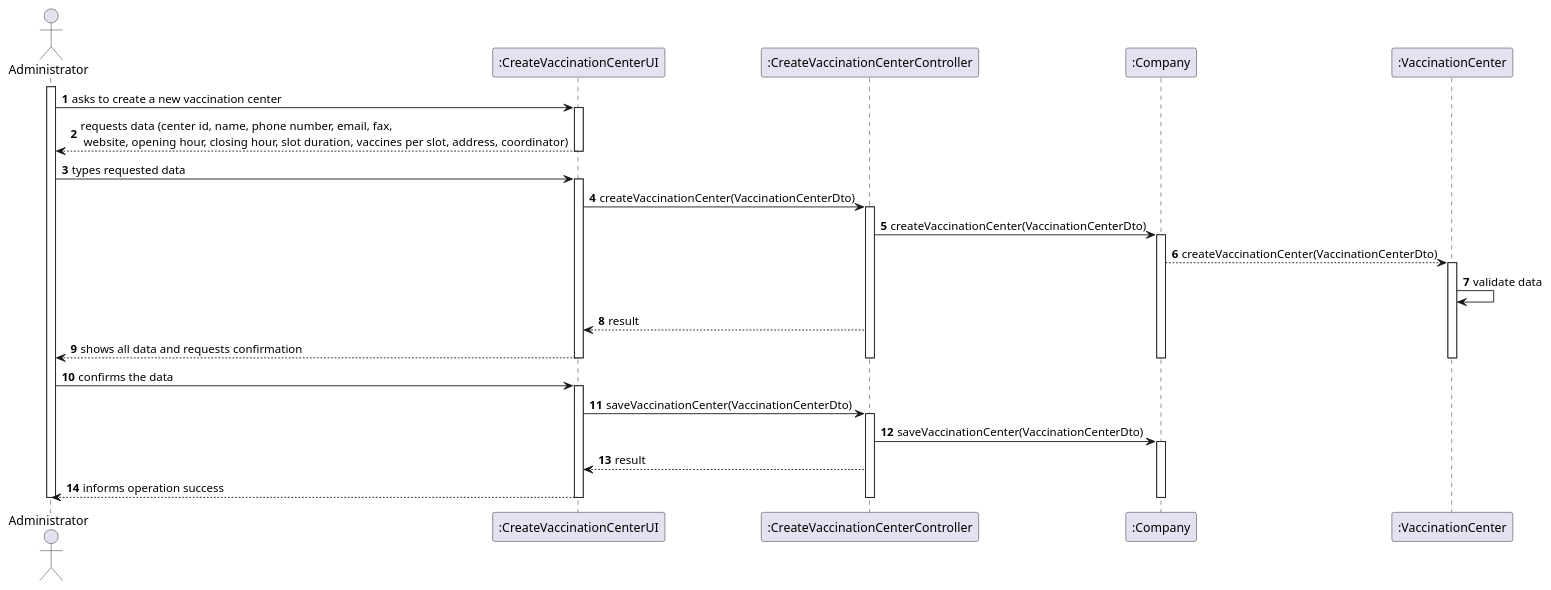
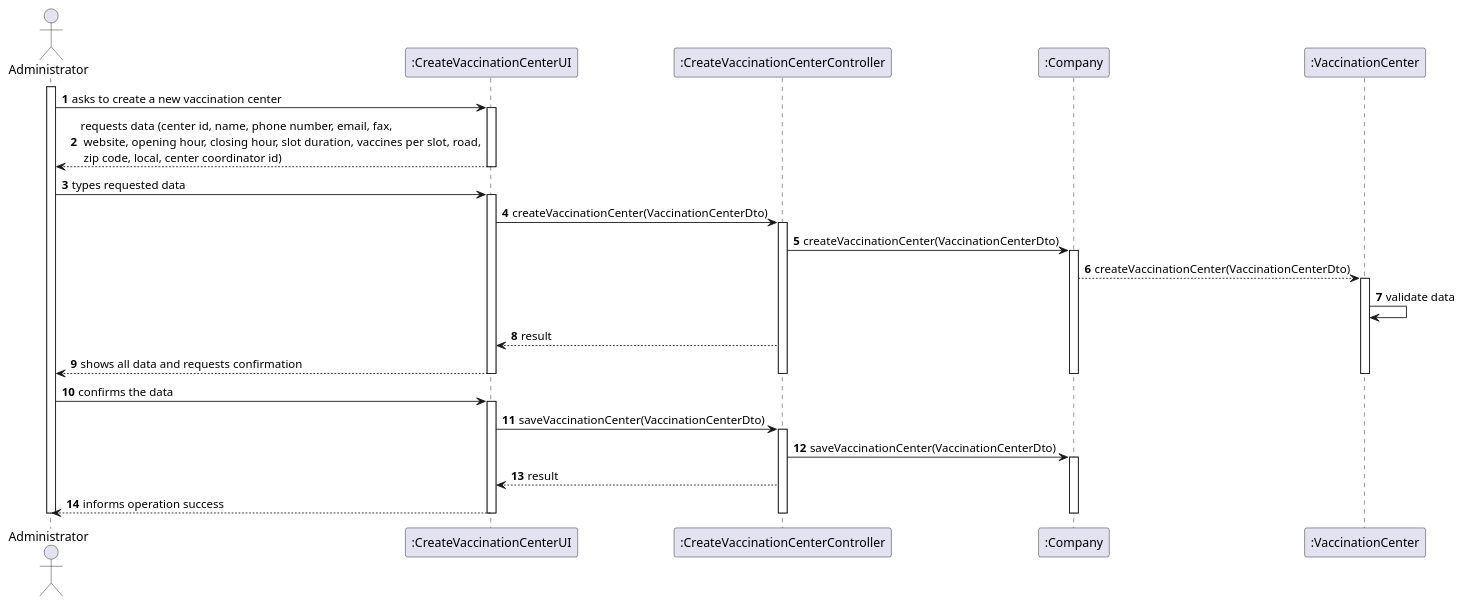
Before and after one commit to Pirussa/lei-22-s2-1da-g02: the diagram in docs/SprintB/US009/US009_SD.puml, drawn with PlantUML. The commit also changed 16 other files, not shown here.

Commit message:
US09 - A lot of changes in the model view controller, basically had to remove the address class and add center coordinator ID as a new attribute of the vaccination center

```diff
--- a/docs/SprintB/US009/US009_SD.puml
+++ b/docs/SprintB/US009/US009_SD.puml
@@ -1,55 +1,56 @@
 @startuml
 autonumber
 
 actor "Administrator" as A
 
 participant ":CreateVaccinationCenterUI" as UI
 participant ":CreateVaccinationCenterController" as CTRL
 participant ":Company" as C
 participant ":VaccinationCenter" as V
 
 activate A
 A -> UI : asks to create a new vaccination center
 activate UI
 
-UI --> A : requests data (center id, name, phone number, email, fax,\n website, opening hour, closing hour, slot duration, vaccines per slot, address, coordinator)
+UI --> A : requests data (center id, name, phone number, email, fax,\n website, opening hour, closing hour, slot duration, vaccines per slot, road,\n zip code, local, center coordinator id)
 deactivate UI
 
 A -> UI : types requested data
 activate UI
 
 UI -> CTRL : createVaccinationCenter(VaccinationCenterDto)
 activate CTRL
 
 CTRL -> C : createVaccinationCenter(VaccinationCenterDto)
 activate C
 C --> V : createVaccinationCenter(VaccinationCenterDto)
 activate V
 V -> V :  validate data
 
 CTRL --> UI : result
 
 UI --> A: shows all data and requests confirmation
 
 deactivate V
 deactivate C
 deactivate CTRL
 deactivate UI
 
 A -> UI : confirms the data
 activate UI
 UI -> CTRL : saveVaccinationCenter(VaccinationCenterDto)
 activate CTRL
 CTRL -> C : saveVaccinationCenter(VaccinationCenterDto)
 activate C
 
+
 CTRL --> UI: result
 
 UI --> A : informs operation success
 
 deactivate C
 deactivate CTRL
 deactivate UI
 deactivate A
 
 @enduml
```
